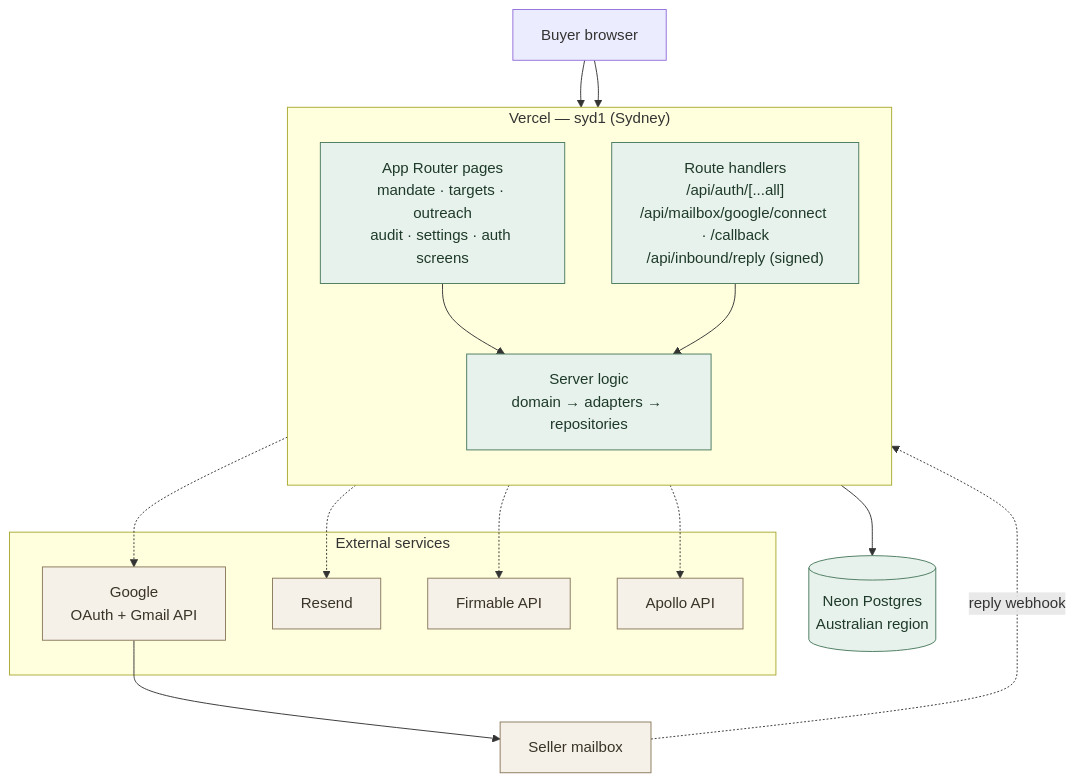
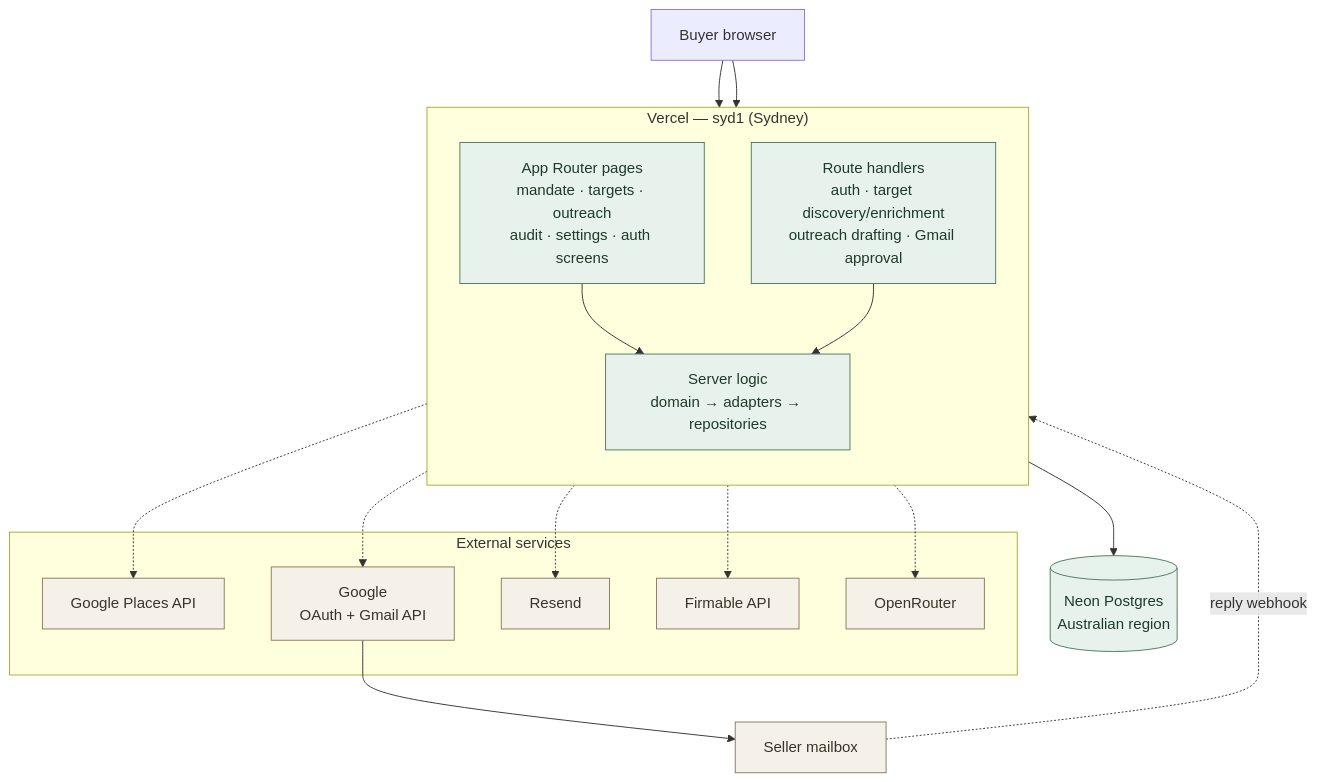
The first of 4 diagrams in docs/24-architecture.md (Sansoni-Management-Dev-Team/acquired), drawn with Mermaid before and after one commit. The commit also changed other lines of this file and 8 other files, not shown here.

````diff
--- a/docs/24-architecture.md
+++ b/docs/24-architecture.md
@@ -7,39 +7,41 @@
 ```mermaid
 flowchart TB
     buyer["Buyer browser"]
 
     subgraph vercel["Vercel — syd1 (Sydney)"]
         direction TB
         pages["App Router pages<br/>mandate · targets · outreach<br/>audit · settings · auth screens"]
-        api["Route handlers<br/>/api/auth/[...all]<br/>/api/mailbox/google/connect · /callback<br/>/api/inbound/reply (signed)"]
+        api["Route handlers<br/>auth · target discovery/enrichment<br/>outreach drafting · Gmail approval"]
         server["Server logic<br/>domain → adapters → repositories"]
         pages --> server
         api --> server
     end
 
     neon[("Neon Postgres<br/>Australian region")]
 
     subgraph ext["External services"]
+        places["Google Places API"]
         google["Google<br/>OAuth + Gmail API"]
         resend["Resend"]
         firmable["Firmable API"]
-        apollo["Apollo API"]
+        openrouter["OpenRouter"]
     end
 
     seller["Seller mailbox"]
 
     buyer --> pages
     buyer --> api
     server --> neon
     server -.-> google
+    server -.-> places
     server -.-> resend
     server -.-> firmable
-    server -.-> apollo
+    server -.-> openrouter
     google --> seller
     seller -. "reply webhook" .-> api
 
     classDef ours fill:#e8f2ec,stroke:#4a7a5e,color:#1e3a2a
     classDef third fill:#f5f0e8,stroke:#8a7a5c,color:#3a3428
     class pages,api,server,neon ours
-    class google,resend,firmable,apollo,seller third
+    class places,google,resend,firmable,openrouter,seller third
 ```
````
